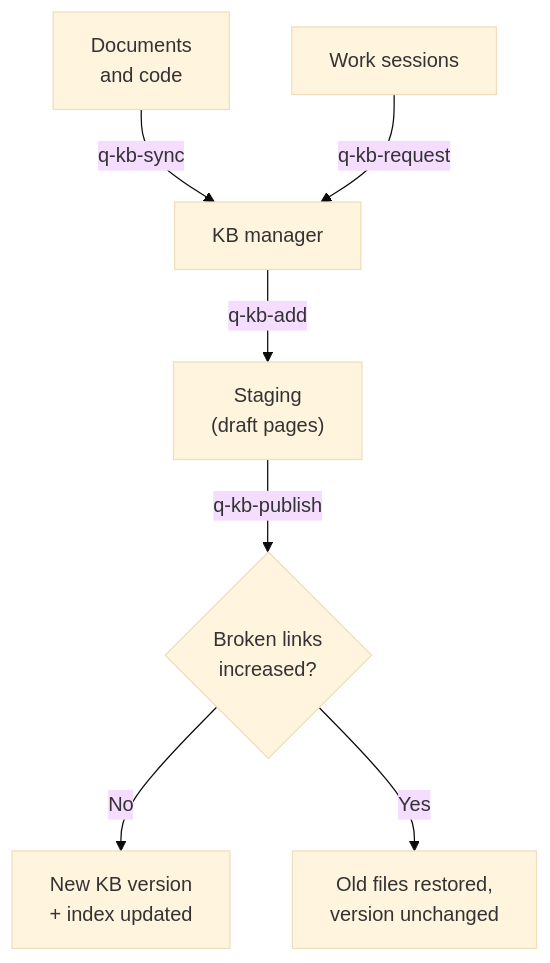
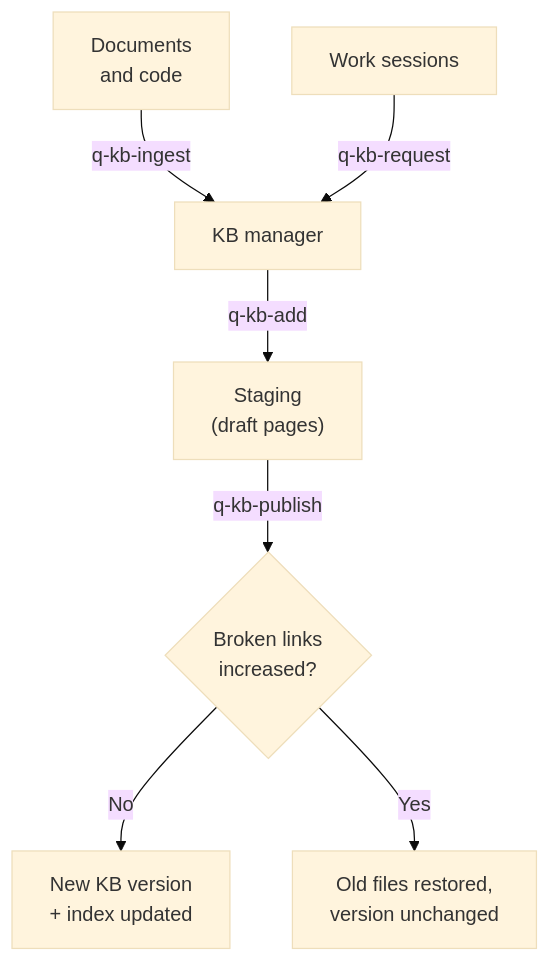
One commit to mquan1192/ai-skills changed the second of 3 diagrams in kb-skill-bundle/README.md. Above: the diagram before and after it, drawn with Mermaid (base theme). The commit also changed other lines of this file and 28 other files, not shown here.

````diff
--- a/kb-skill-bundle/README.md
+++ b/kb-skill-bundle/README.md
@@ -75,9 +76,9 @@
 ```mermaid
 flowchart TD
-    SRC["Documents<br/>and code"] -->|"q-kb-sync"| MG["KB manager"]
+    SRC["Documents<br/>and code"] -->|"q-kb-ingest"| MG["KB manager"]
     WS["Work sessions"] -->|"q-kb-request"| MG
     MG -->|"q-kb-add"| STG["Staging<br/>(draft pages)"]
     STG -->|"q-kb-publish"| CHK{"Broken links<br/>increased?"}
     CHK -->|"No"| PUB["New KB version<br/>+ index updated"]
     CHK -->|"Yes"| RB["Old files restored,<br/>version unchanged"]
 ```
````
